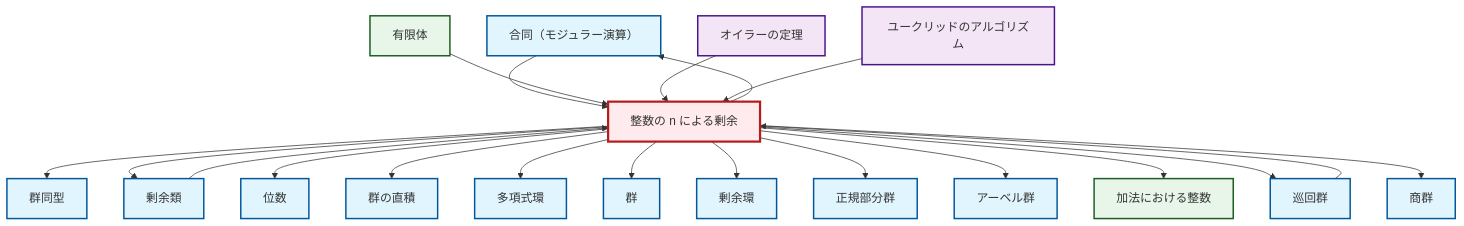
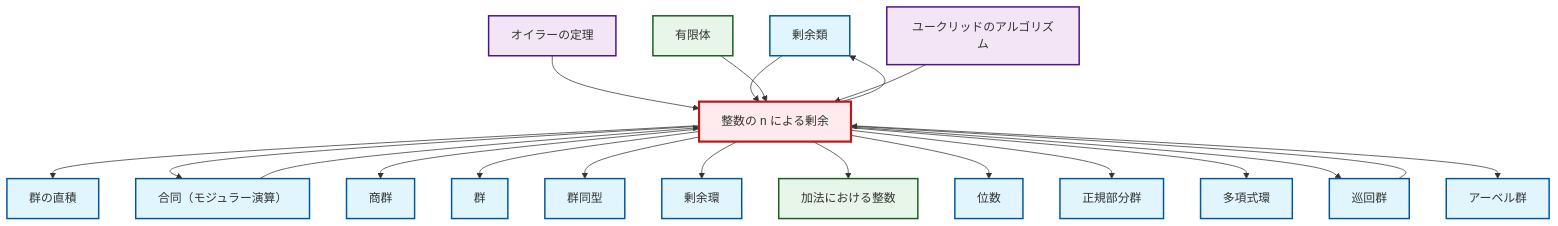
One commit to RK0429/ModernMath changed the diagram in output/mermaid/ja/ex-quotient-integers-mod-n.mermaid. Above: the diagram before and after it, drawn with Mermaid. The commit also changed other lines of this file and 3096 other files, not shown here.

```diff
--- a/output/mermaid/ja/ex-quotient-integers-mod-n.mermaid
+++ b/output/mermaid/ja/ex-quotient-integers-mod-n.mermaid
@@ -1,43 +1,43 @@
 graph TD
     classDef definition fill:#e1f5fe,stroke:#01579b,stroke-width:2px
     classDef theorem fill:#f3e5f5,stroke:#4a148c,stroke-width:2px
     classDef axiom fill:#fff3e0,stroke:#e65100,stroke-width:2px
     classDef example fill:#e8f5e9,stroke:#1b5e20,stroke-width:2px
     classDef current fill:#ffebee,stroke:#b71c1c,stroke-width:3px
-    def-abelian-group["アーベル群"]:::definition
-    def-congruence["合同（モジュラー演算）"]:::definition
-    def-order["位数"]:::definition
-    def-cyclic-group["巡回群"]:::definition
-    def-direct-product["群の直積"]:::definition
-    ex-finite-field["有限体"]:::example
-    thm-euler["オイラーの定理"]:::theorem
-    def-group["群"]:::definition
-    def-isomorphism["群同型"]:::definition
-    def-normal-subgroup["正規部分群"]:::definition
-    ex-quotient-integers-mod-n["整数の n による剰余"]:::example
-    ex-integers-addition["加法における整数"]:::example
-    thm-euclidean-algorithm["ユークリッドのアルゴリズム"]:::theorem
     def-quotient-ring["剰余環"]:::definition
     def-coset["剰余類"]:::definition
     def-polynomial-ring["多項式環"]:::definition
+    thm-euler["オイラーの定理"]:::theorem
+    def-isomorphism["群同型"]:::definition
+    def-cyclic-group["巡回群"]:::definition
+    ex-integers-addition["加法における整数"]:::example
+    def-group["群"]:::definition
+    thm-euclidean-algorithm["ユークリッドのアルゴリズム"]:::theorem
+    def-direct-product["群の直積"]:::definition
+    ex-finite-field["有限体"]:::example
     def-quotient-group["商群"]:::definition
-    ex-quotient-integers-mod-n --> def-isomorphism
-    ex-quotient-integers-mod-n --> def-coset
-    ex-quotient-integers-mod-n --> def-order
-    def-congruence --> ex-quotient-integers-mod-n
-    ex-finite-field --> ex-quotient-integers-mod-n
+    ex-quotient-integers-mod-n["整数の n による剰余"]:::example
+    def-congruence["合同（モジュラー演算）"]:::definition
+    def-normal-subgroup["正規部分群"]:::definition
+    def-order["位数"]:::definition
+    def-abelian-group["アーベル群"]:::definition
     ex-quotient-integers-mod-n --> def-direct-product
-    ex-quotient-integers-mod-n --> def-polynomial-ring
-    ex-quotient-integers-mod-n --> def-group
-    ex-quotient-integers-mod-n --> def-quotient-ring
     ex-quotient-integers-mod-n --> def-congruence
     thm-euler --> ex-quotient-integers-mod-n
+    def-coset --> ex-quotient-integers-mod-n
+    ex-quotient-integers-mod-n --> def-quotient-group
+    ex-quotient-integers-mod-n --> def-group
+    ex-quotient-integers-mod-n --> def-coset
+    ex-quotient-integers-mod-n --> def-isomorphism
+    def-congruence --> ex-quotient-integers-mod-n
+    ex-quotient-integers-mod-n --> def-quotient-ring
+    ex-quotient-integers-mod-n --> ex-integers-addition
+    ex-quotient-integers-mod-n --> def-order
+    ex-quotient-integers-mod-n --> def-normal-subgroup
+    ex-finite-field --> ex-quotient-integers-mod-n
+    ex-quotient-integers-mod-n --> def-polynomial-ring
+    ex-quotient-integers-mod-n --> def-cyclic-group
     thm-euclidean-algorithm --> ex-quotient-integers-mod-n
-    ex-quotient-integers-mod-n --> def-normal-subgroup
     ex-quotient-integers-mod-n --> def-abelian-group
-    def-coset --> ex-quotient-integers-mod-n
-    ex-quotient-integers-mod-n --> ex-integers-addition
-    ex-quotient-integers-mod-n --> def-cyclic-group
-    ex-quotient-integers-mod-n --> def-quotient-group
     def-cyclic-group --> ex-quotient-integers-mod-n
     class ex-quotient-integers-mod-n current
```
